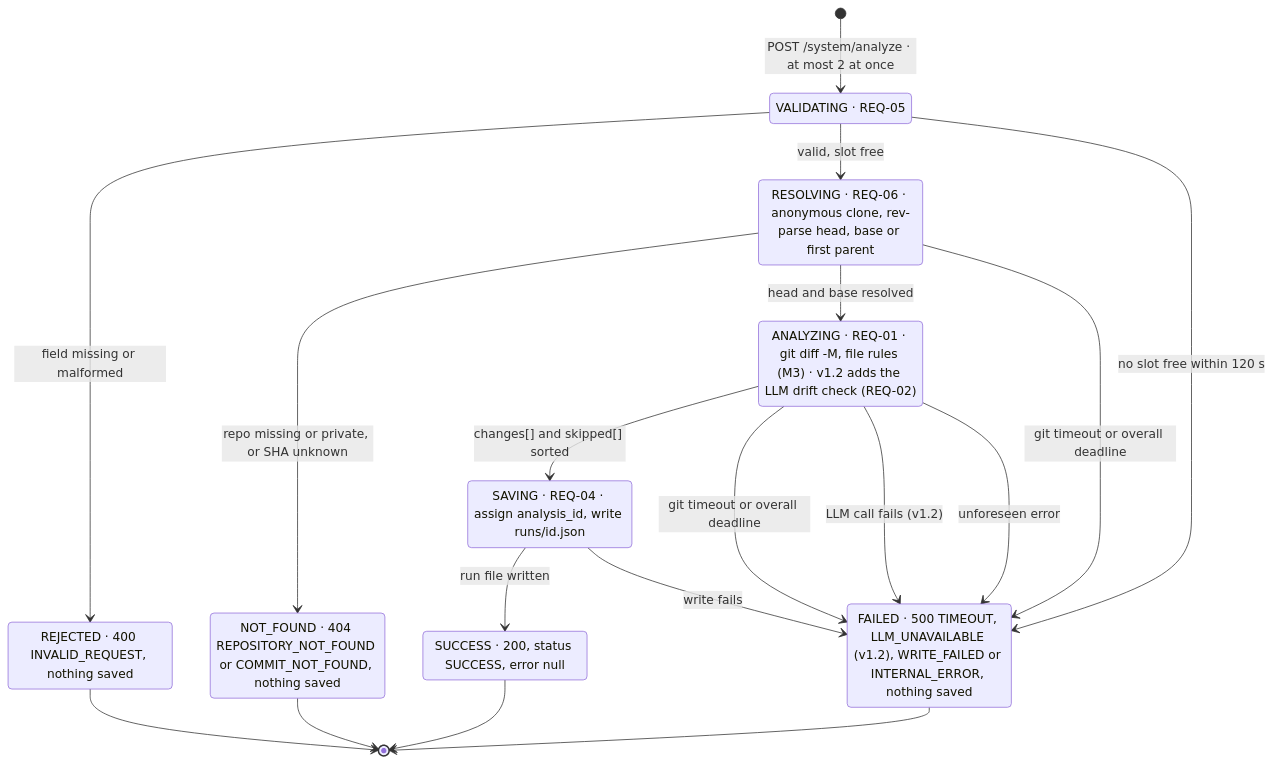
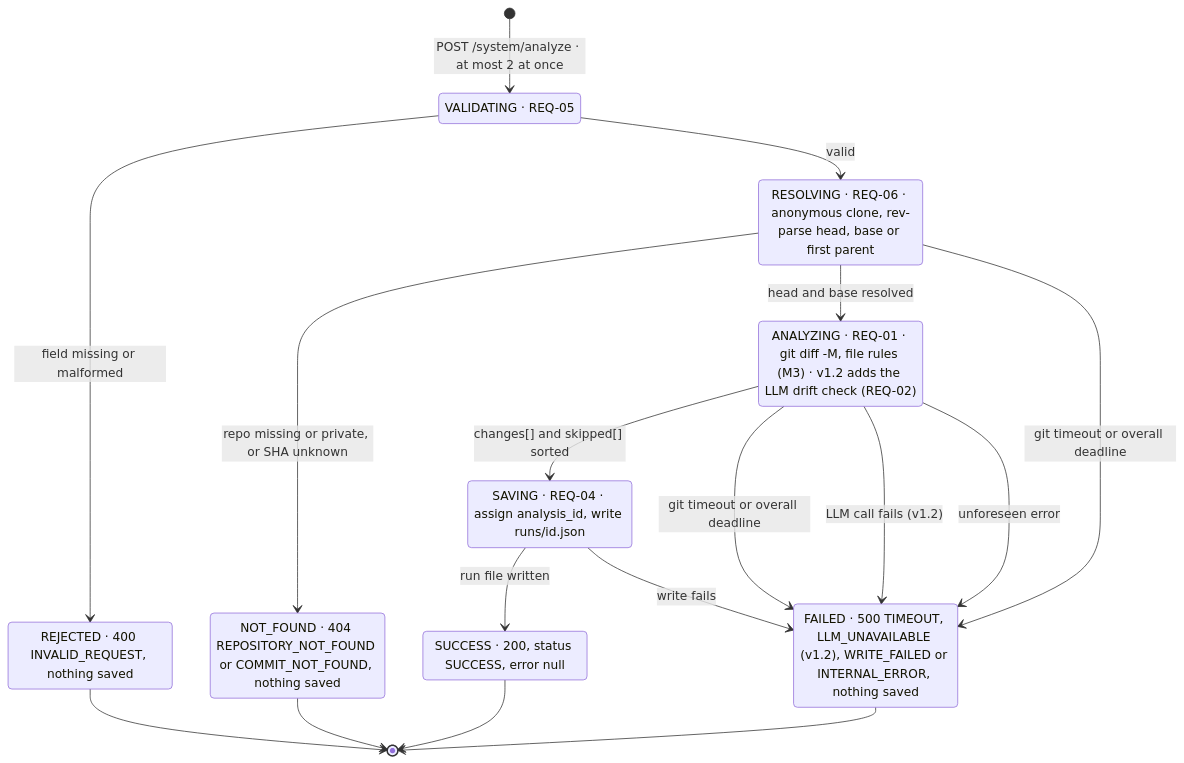
The diagram in docs/Models/v1/v1_models/M2-lifecycle.md (MuhammadSban/DocumentationDrifter), drawn with Mermaid before and after one commit. The commit also changed other lines of this file and 6 other files, not shown here.

````diff
--- a/docs/Models/v1/v1_models/M2-lifecycle.md
+++ b/docs/Models/v1/v1_models/M2-lifecycle.md
@@ -5,33 +5,32 @@
 ```mermaid
 stateDiagram-v2
   accTitle: M2 analysis lifecycle
   accDescr: These are the states of one request, mostly inside analyze(). A request is validated, its commits are resolved, its changes are analysed, and the run file is saved. Invalid input ends in 400, a missing repo or commit in 404, and a git timeout, the overall deadline, a failed LLM call (v1.2) or a write failure in 500. Only the success path saves a run file. At most two analyses run at once.
 
   [*] --> VALIDATING: POST /system/analyze · at most 2 at once
   VALIDATING --> REJECTED: field missing or malformed
-  VALIDATING --> RESOLVING: valid, slot free
-  VALIDATING --> FAILED: no slot free within 120 s
+  VALIDATING --> RESOLVING: valid
   RESOLVING --> NOT_FOUND: repo missing or private, or SHA unknown
   RESOLVING --> ANALYZING: head and base resolved
   RESOLVING --> FAILED: git timeout or overall deadline
   ANALYZING --> SAVING: changes[] and skipped[] sorted
   ANALYZING --> FAILED: git timeout or overall deadline
   ANALYZING --> FAILED: LLM call fails (v1.2)
   ANALYZING --> FAILED: unforeseen error
   SAVING --> SUCCESS: run file written
   SAVING --> FAILED: write fails
 
   VALIDATING: VALIDATING · REQ-05
   RESOLVING: RESOLVING · REQ-06 · anonymous clone, rev-parse head, base or first parent
   ANALYZING: ANALYZING · REQ-01 · git diff -M, file rules (M3) · v1.2 adds the LLM drift check (REQ-02)
   SAVING: SAVING · REQ-04 · assign analysis_id, write runs/id.json
   SUCCESS: SUCCESS · 200, status SUCCESS, error null
   REJECTED: REJECTED · 400 INVALID_REQUEST, nothing saved
   NOT_FOUND: NOT_FOUND · 404 REPOSITORY_NOT_FOUND or COMMIT_NOT_FOUND, nothing saved
   FAILED: FAILED · 500 TIMEOUT, LLM_UNAVAILABLE (v1.2), WRITE_FAILED or INTERNAL_ERROR, nothing saved
 
   SUCCESS --> [*]
   REJECTED --> [*]
   NOT_FOUND --> [*]
   FAILED --> [*]
 ```
````
